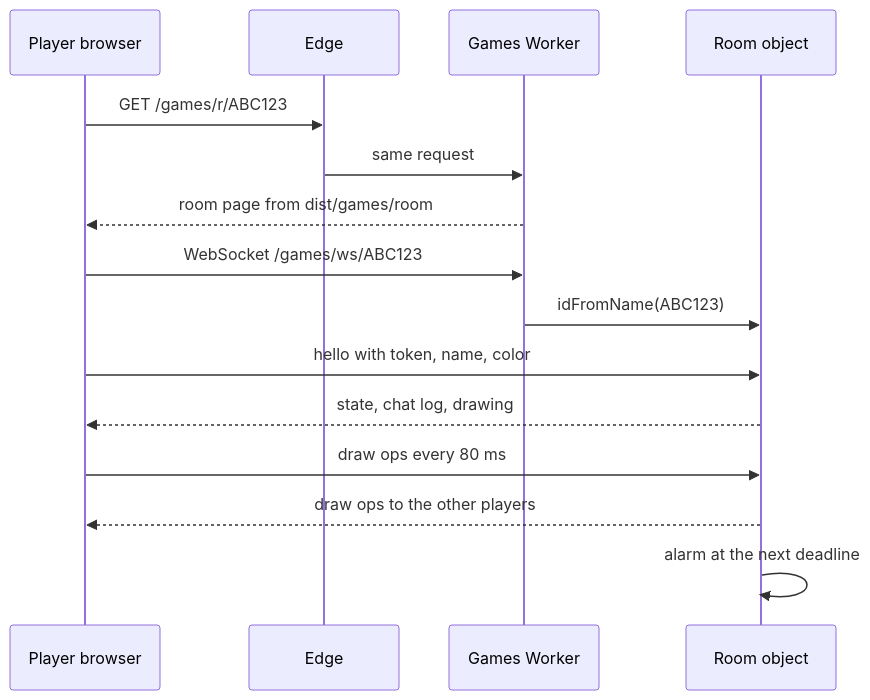
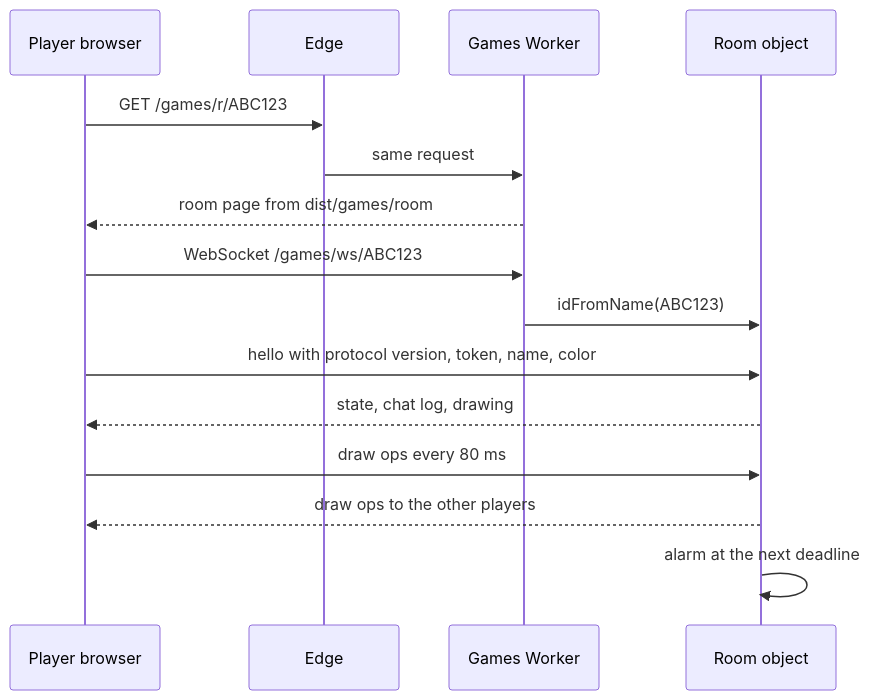
Before and after one commit to workbench-soft/workbench-soft.github.io: the third of 3 diagrams in apps/games/docs/architecture.md, drawn with Mermaid. The commit also changed other lines of this file and 3 other files, not shown here.

First line of the commit message:
feat(games): send the protocol version with each socket hello

````diff
--- a/apps/games/docs/architecture.md
+++ b/apps/games/docs/architecture.md
@@ -36,17 +36,17 @@
 ```mermaid
 sequenceDiagram
   participant P as Player browser
   participant E as Edge
   participant W as Games Worker
   participant R as Room object
   P->>E: GET /games/r/ABC123
   E->>W: same request
   W-->>P: room page from dist/games/room
   P->>W: WebSocket /games/ws/ABC123
   W->>R: idFromName(ABC123)
-  P->>R: hello with token, name, color
+  P->>R: hello with protocol version, token, name, color
   R-->>P: state, chat log, drawing
   P->>R: draw ops every 80 ms
   R-->>P: draw ops to the other players
   R->>R: alarm at the next deadline
 ```
````
